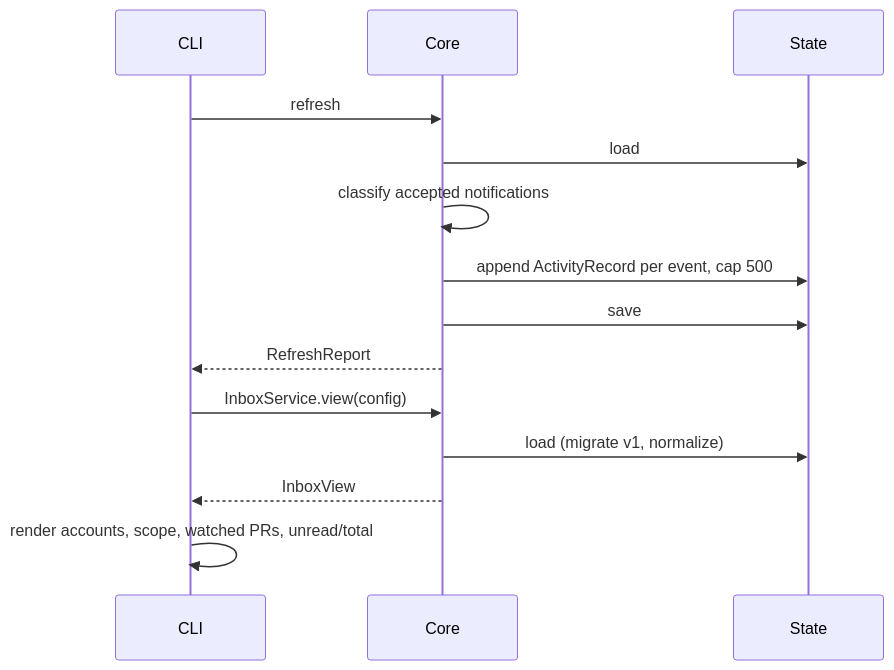
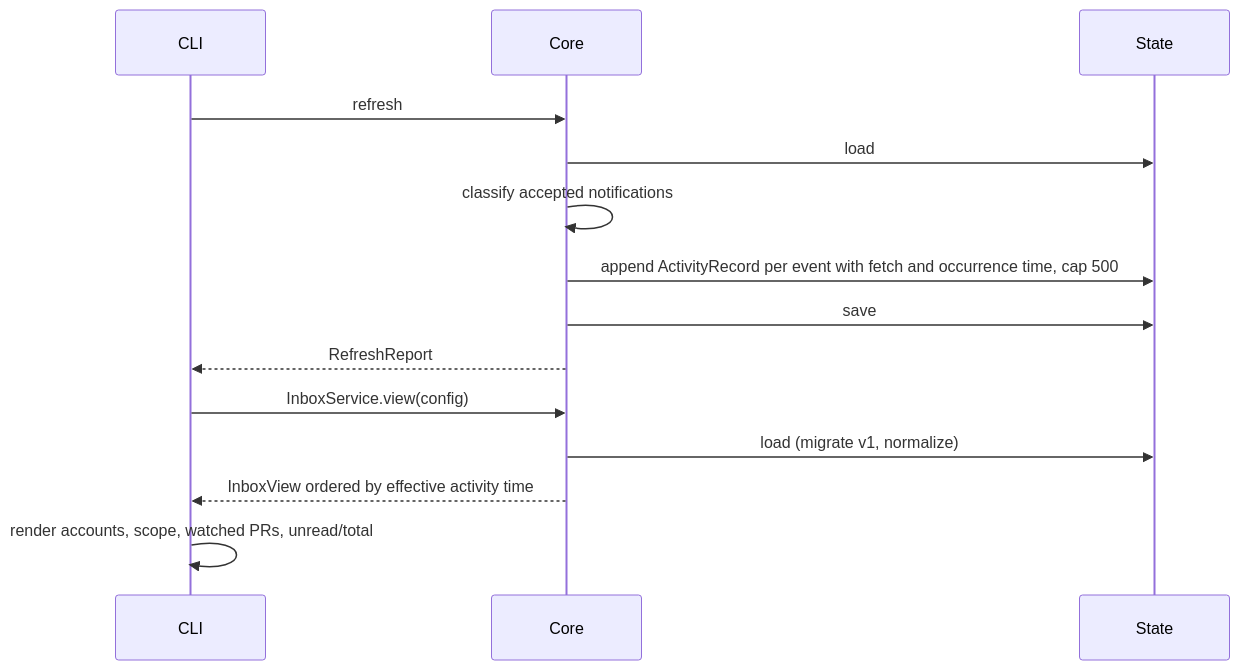
One commit to buster/passuff changed the fifth of 6 diagrams in docs/arc42/06-runtime-view.md. Above: the diagram before and after it, drawn with Mermaid. The commit also changed other lines of this file and 98 other files, not shown here.

First line of the commit message:
Show when activity happened and focus the inbox by involvement (#47)

````diff
--- a/docs/arc42/06-runtime-view.md
+++ b/docs/arc42/06-runtime-view.md
@@ -188,16 +188,16 @@
 ```mermaid
 sequenceDiagram
     participant CLI
     participant Core
     participant State
     CLI->>Core: refresh
     Core->>State: load
     Core->>Core: classify accepted notifications
-    Core->>State: append ActivityRecord per event, cap 500
+    Core->>State: append ActivityRecord per event with fetch and occurrence time, cap 500
     Core->>State: save
     Core-->>CLI: RefreshReport
     CLI->>Core: InboxService.view(config)
     Core->>State: load (migrate v1, normalize)
-    Core-->>CLI: InboxView
+    Core-->>CLI: InboxView ordered by effective activity time
     CLI->>CLI: render accounts, scope, watched PRs, unread/total
 ```
````
